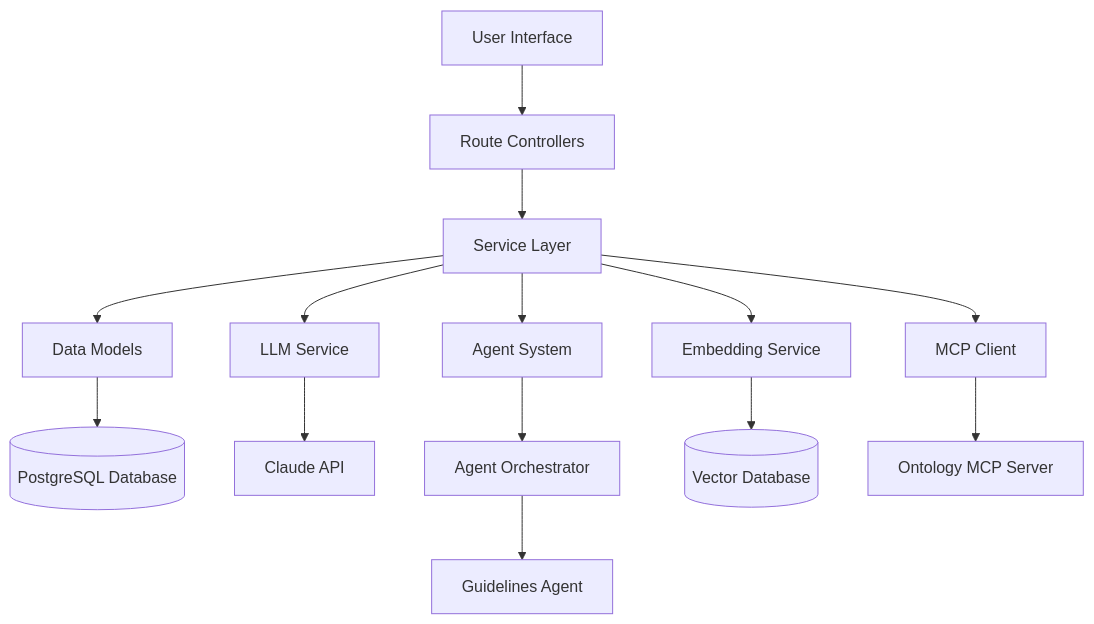
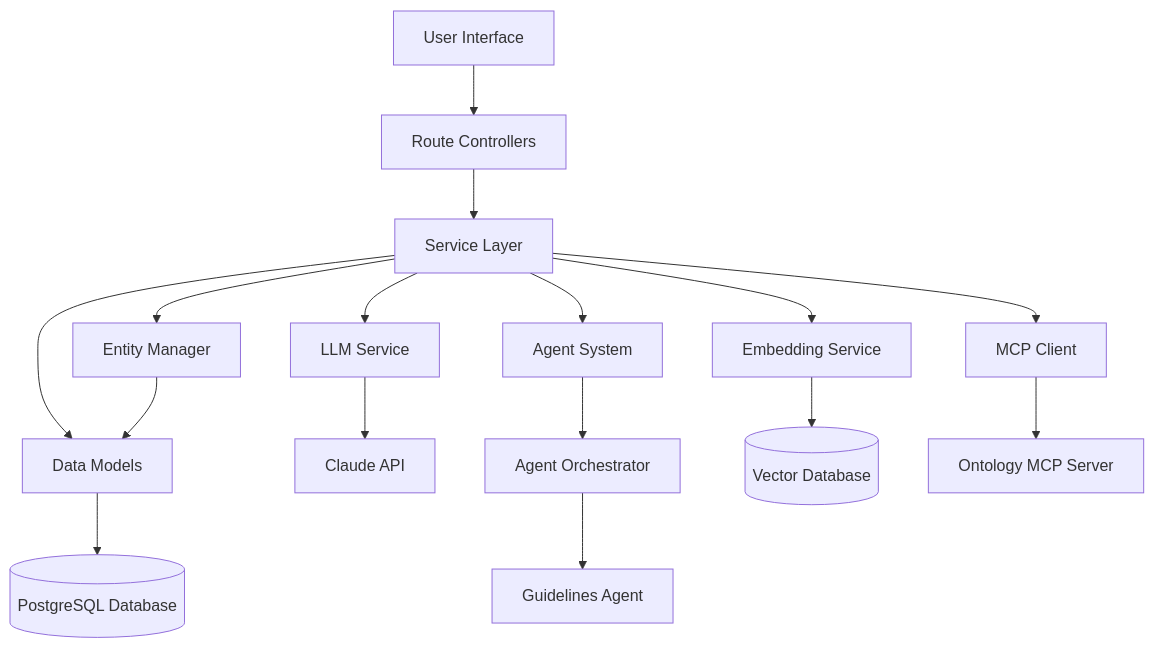
The first of 7 diagrams in ProEthica_Technical_Overview.md (cr625/proethica), drawn with Mermaid before and after one commit. The commit also changed other lines of this file and 2 other files, not shown here.

````diff
--- a/ProEthica_Technical_Overview.md
+++ b/ProEthica_Technical_Overview.md
@@ -7,18 +7,20 @@
 ```mermaid
 graph TD
     UI[User Interface] --> Routes[Route Controllers]
     Routes --> Services[Service Layer]
     Services --> Models[Data Models]
     Models --> DB[(PostgreSQL Database)]
     
     Services --> LLM[LLM Service]
     Services --> Agents[Agent System]
     Services --> Embedding[Embedding Service]
     Services --> MCP[MCP Client]
+    Services --> EntityMgr[Entity Manager]
     
     LLM --> Claude[Claude API]
     Agents --> AgentOrch[Agent Orchestrator]
     AgentOrch --> Guidelines[Guidelines Agent]
     Embedding --> Vector[(Vector Database)]
     MCP --> OntologyServer[Ontology MCP Server]
+    EntityMgr --> Models
 ```
````
